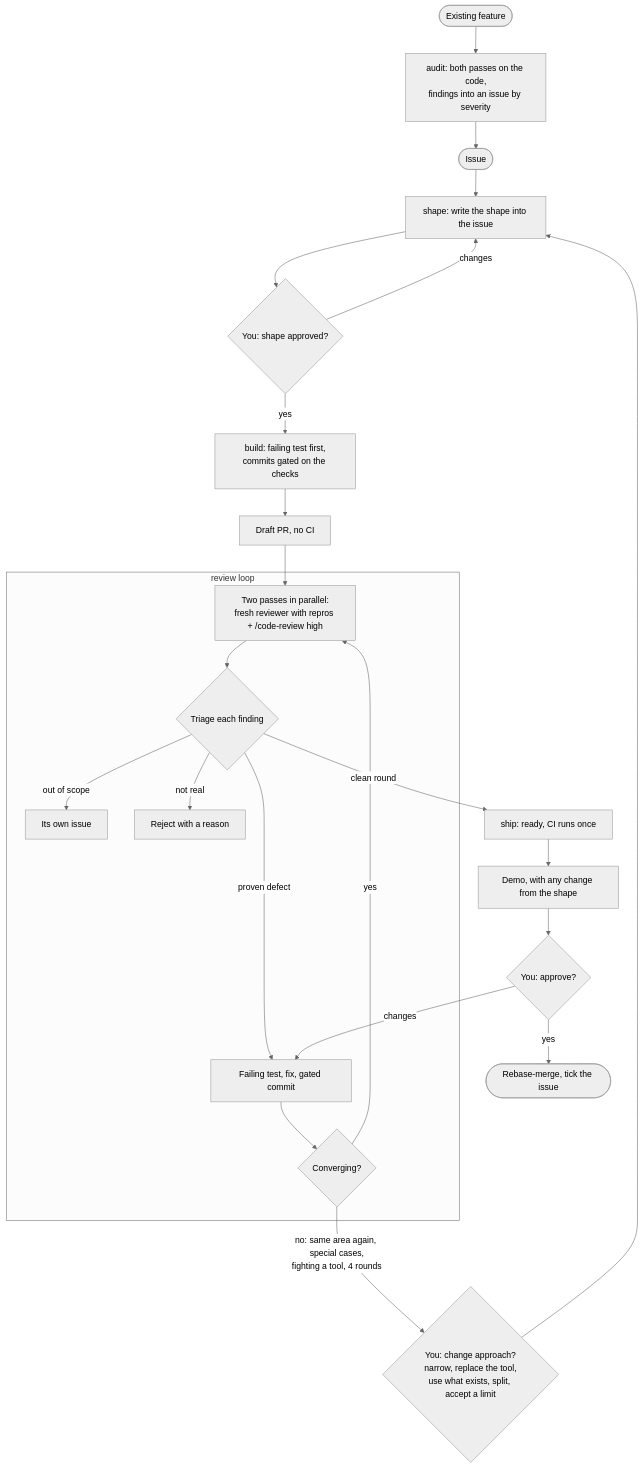
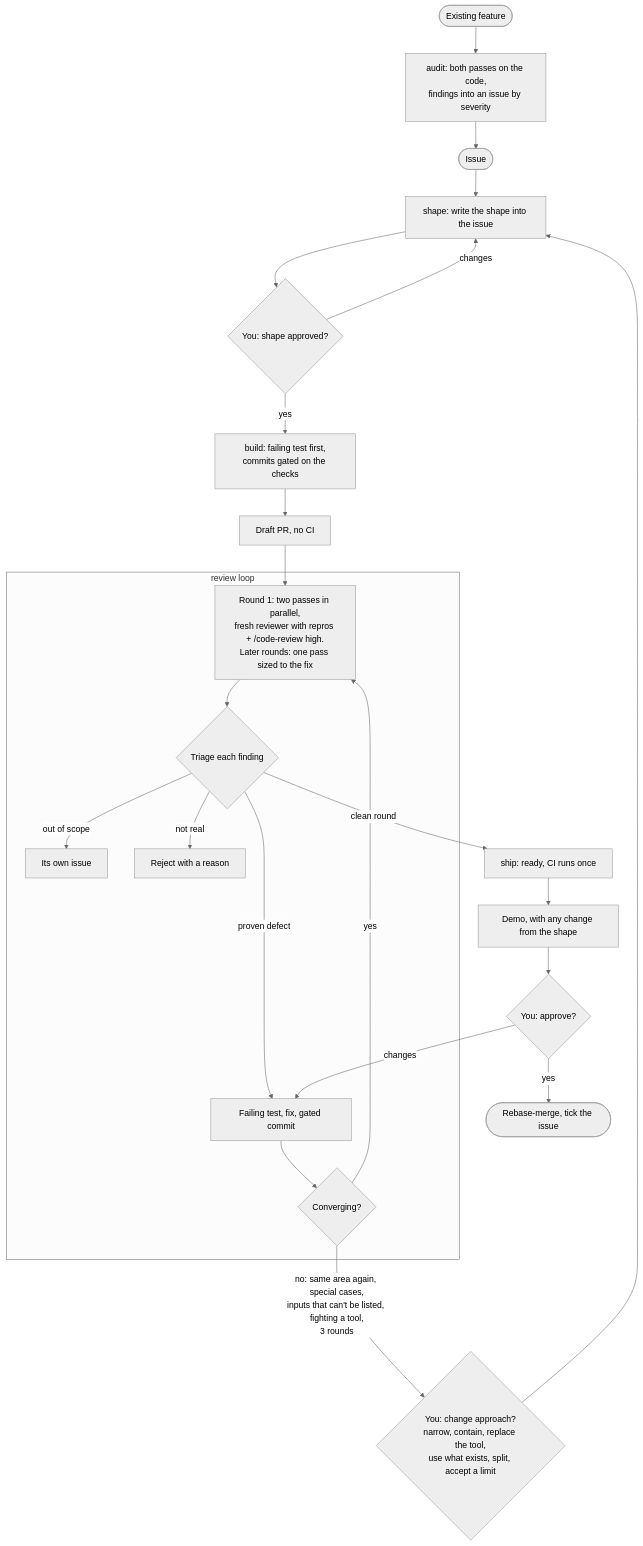
The diagram in README.md (SvetHalachev/shape-review-ship), drawn with Mermaid (neutral theme) before and after one commit. The commit also changed other lines of this file and 4 other files, not shown here.

Commit message:
feat(review): size later rounds to the fix, check your own work first, step back from round 2

````diff
--- a/README.md
+++ b/README.md
@@ -23,29 +23,29 @@
 ```mermaid
 flowchart TD
     existing([Existing feature]) --> audit[audit: both passes on the code,<br/>findings into an issue by severity]
     audit --> issue
     issue([Issue]) --> shape[shape: write the shape into the issue]
     shape --> approve1{You: shape approved?}
     approve1 -- changes --> shape
     approve1 -- yes --> build[build: failing test first,<br/>commits gated on the checks]
     build --> draft[Draft PR, no CI]
     draft --> passes
 
     subgraph loop [review loop]
-        passes[Two passes in parallel:<br/>fresh reviewer with repros + /code-review high]
+        passes[Round 1: two passes in parallel,<br/>fresh reviewer with repros + /code-review high.<br/>Later rounds: one pass sized to the fix]
         passes --> triage{Triage each finding}
         triage -- proven defect --> fix[Failing test, fix, gated commit]
         triage -- out of scope --> elsewhere[Its own issue]
         triage -- not real --> reject[Reject with a reason]
         fix --> converging{Converging?}
         converging -- yes --> passes
     end
 
-    converging -- "no: same area again, special cases,<br/>fighting a tool, 4 rounds" --> stepback{You: change approach?<br/>narrow, replace the tool,<br/>use what exists, split, accept a limit}
+    converging -- "no: same area again, special cases,<br/>inputs that can't be listed, fighting a tool,<br/>3 rounds" --> stepback{You: change approach?<br/>narrow, contain, replace the tool,<br/>use what exists, split, accept a limit}
     stepback --> shape
     triage -- clean round --> ready[ship: ready, CI runs once]
     ready --> demo[Demo, with any change from the shape]
     demo --> approve2{You: approve?}
     approve2 -- yes --> merge([Rebase-merge, tick the issue])
     approve2 -- changes --> fix
 ```
````
